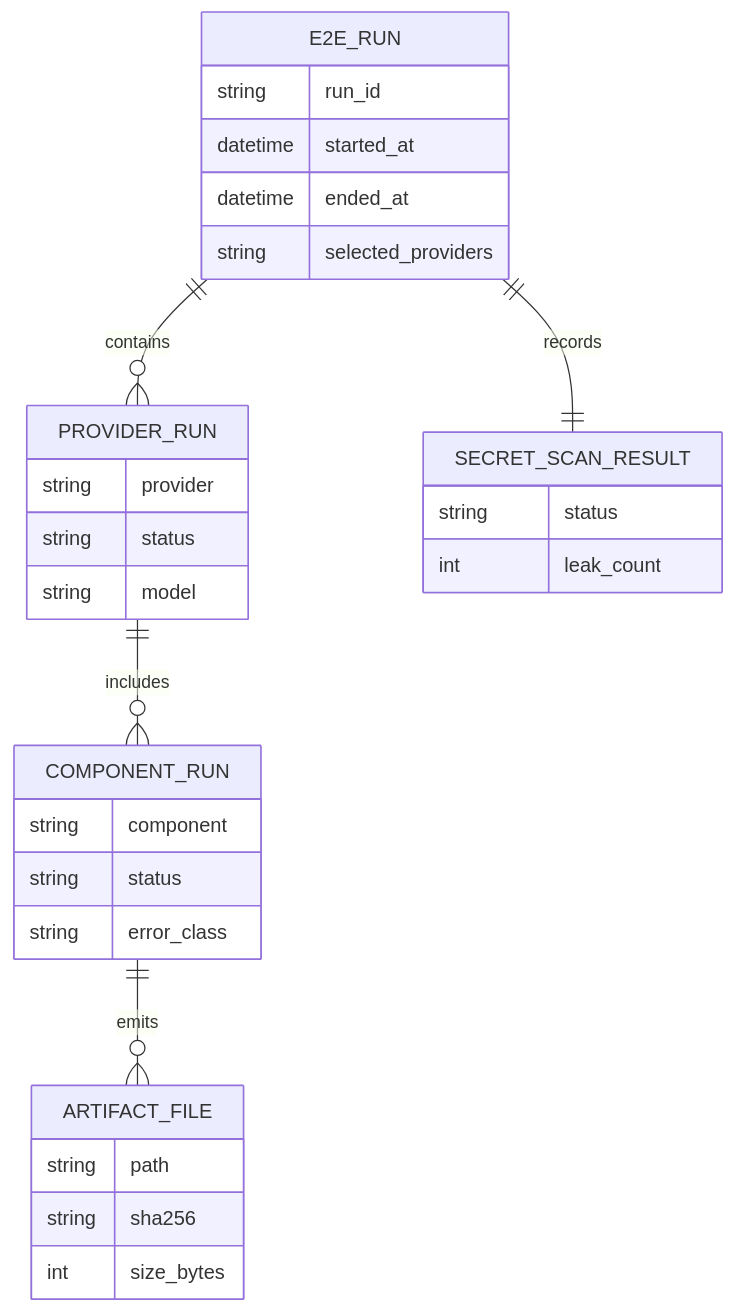
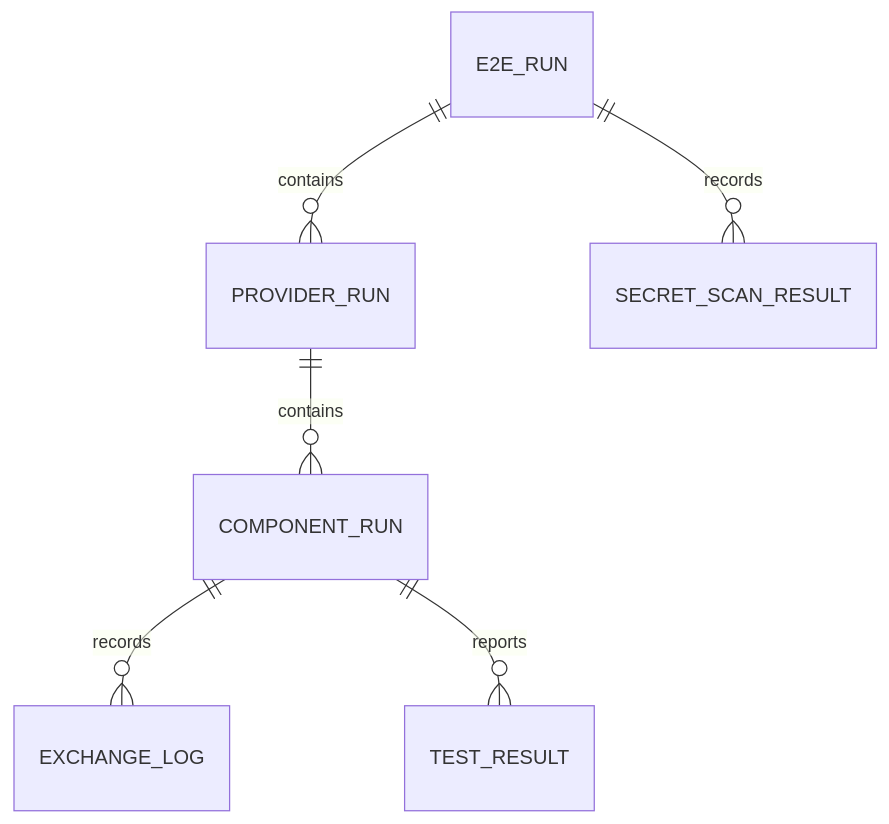
Before and after one commit to jaytaylor/attractor-tcl: the second of 5 diagrams in docs/sprints/SPRINT-004-comprehensive-implementation-plan.md, drawn with Mermaid. The commit also changed other lines of this file, not shown here.

Commit message:
docs: sync sprint 004 comprehensive plan to verified complete state

````diff
--- a/docs/sprints/SPRINT-004-comprehensive-implementation-plan.md
+++ b/docs/sprints/SPRINT-004-comprehensive-implementation-plan.md
@@ -1101,37 +1320,9 @@
 ```mermaid
+%% Source: .scratch/diagrams/sprint-004/implementation-plan/er.mmd
 erDiagram
   E2E_RUN ||--o{ PROVIDER_RUN : contains
-  PROVIDER_RUN ||--o{ COMPONENT_RUN : includes
-  COMPONENT_RUN ||--o{ ARTIFACT_FILE : emits
-  E2E_RUN ||--|| SECRET_SCAN_RESULT : records
-
-  E2E_RUN {
-    string run_id
-    datetime started_at
-    datetime ended_at
-    string selected_providers
-  }
-
-  PROVIDER_RUN {
-    string provider
-    string status
-    string model
-  }
-
-  COMPONENT_RUN {
-    string component
-    string status
-    string error_class
-  }
-
-  ARTIFACT_FILE {
-    string path
-    string sha256
-    int size_bytes
-  }
-
-  SECRET_SCAN_RESULT {
-    string status
-    int leak_count
-  }
+  PROVIDER_RUN ||--o{ COMPONENT_RUN : contains
+  COMPONENT_RUN ||--o{ EXCHANGE_LOG : records
+  COMPONENT_RUN ||--o{ TEST_RESULT : reports
+  E2E_RUN ||--o{ SECRET_SCAN_RESULT : records
 ```
````
